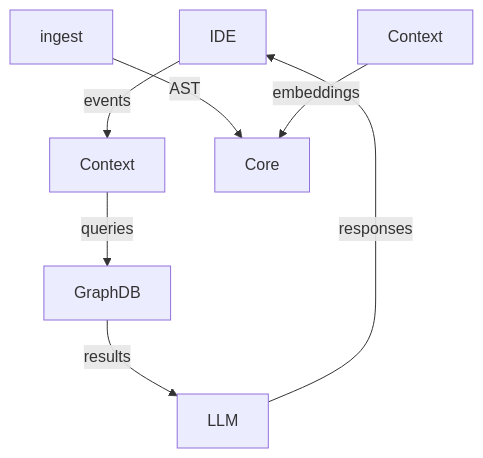
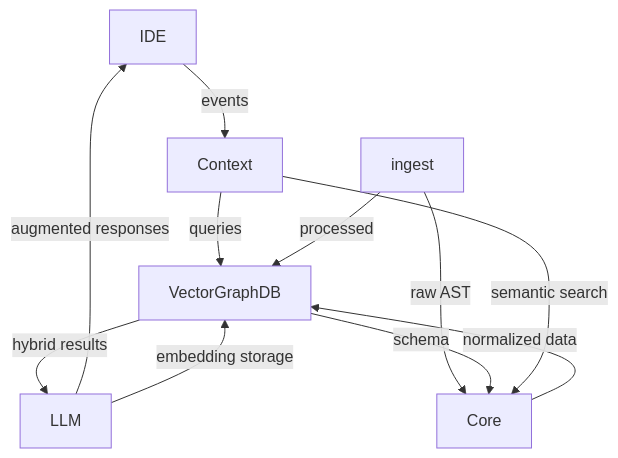
One commit to josephleblanc/ploke changed the diagram in PROPOSED_FILE_ARCH1.md. Above: the diagram before and after it, drawn with Mermaid. The commit also changed other lines of this file, not shown here.

Commit message:
aider: feat: Update architecture doc with VectorGraphDB and improved connections

````diff
--- a/PROPOSED_FILE_ARCH1.md
+++ b/PROPOSED_FILE_ARCH1.md
@@ -58,9 +58,13 @@
    ```mermaid
    graph TD
-     A[IDE] -->|events| B[Context]
-     B -->|queries| C[GraphDB]
-     C -->|results| D[LLM]
-     D -->|responses| A
-     ingest -->|AST| Core
-     Context -->|embeddings| Core
+    A[IDE] -->|events| B[Context]
+    B -->|queries| C[VectorGraphDB]
+    C -->|hybrid results| D[LLM]
+    D -->|augmented responses| A
+    ingest -->|raw AST| E[Core]
+    ingest -->|processed| C
+    E -->|normalized data| C
+    C -->|schema| E
+    B -->|semantic search| E
+    D -->|embedding storage| C
    ```
````
